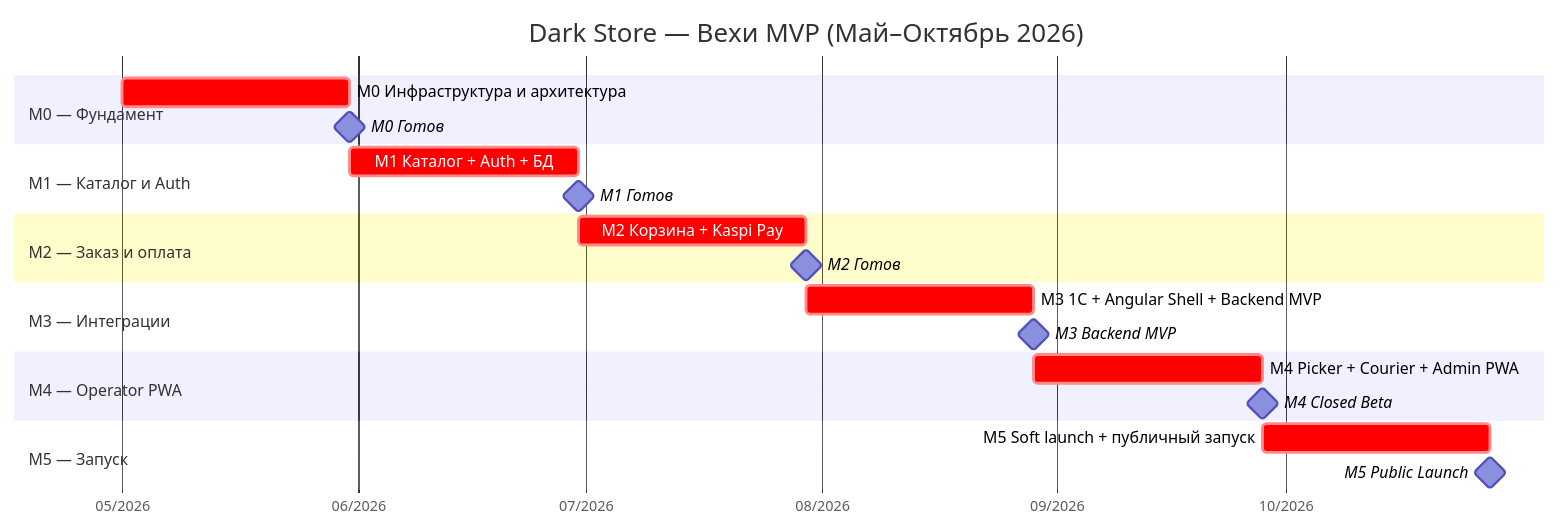
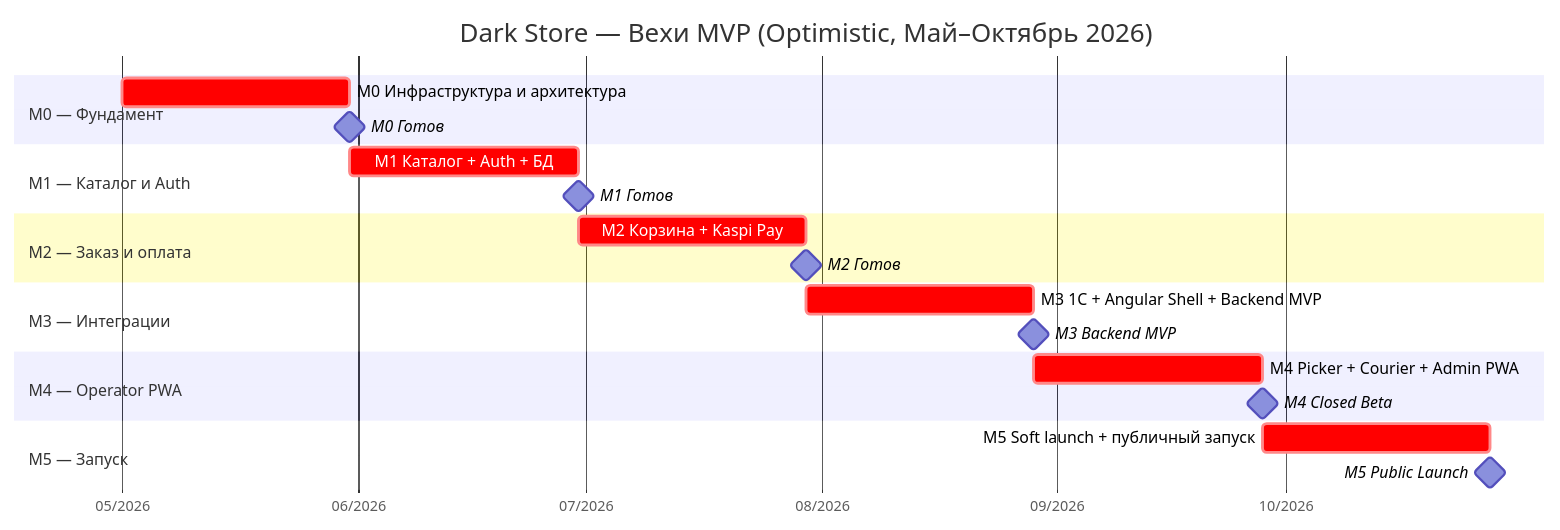
The first of 4 diagrams in docs/MVP_PLAN.md (alexander-shamray/darkstore), drawn with Mermaid before and after one commit. The commit also changed other lines of this file and 7 other files, not shown here.

First line of the commit message:
docs: consolidate MVP timing as Optimistic (6 mo) vs Realistic (8 mo)

````diff
--- a/docs/MVP_PLAN.md
+++ b/docs/MVP_PLAN.md
@@ -48,30 +51,30 @@
 ```mermaid
 gantt
-    title Dark Store — Вехи MVP (Май–Октябрь 2026)
+    title Dark Store — Вехи MVP (Optimistic, Май–Октябрь 2026)
     dateFormat  YYYY-MM-DD
     axisFormat  %m/%Y
 
     section M0 — Фундамент
     M0 Инфраструктура и архитектура         :crit, m0, 2026-05-01, 30d
     M0 Готов                                 :milestone, after m0, 0d
 
     section M1 — Каталог и Auth
     M1 Каталог + Auth + БД                   :crit, m1, after m0, 30d
     M1 Готов                                 :milestone, after m1, 0d
 
     section M2 — Заказ и оплата
     M2 Корзина + Kaspi Pay                   :crit, m2, after m1, 30d
     M2 Готов                                 :milestone, after m2, 0d
 
     section M3 — Интеграции
     M3 1С + Angular Shell + Backend MVP      :crit, m3, after m2, 30d
     M3 Backend MVP                           :milestone, after m3, 0d
 
     section M4 — Operator PWA
     M4 Picker + Courier + Admin PWA          :crit, m4, after m3, 30d
     M4 Closed Beta                           :milestone, after m4, 0d
 
     section M5 — Запуск
     M5 Soft launch + публичный запуск        :crit, m5, after m4, 30d
     M5 Public Launch                         :milestone, after m5, 0d
 ```
````
